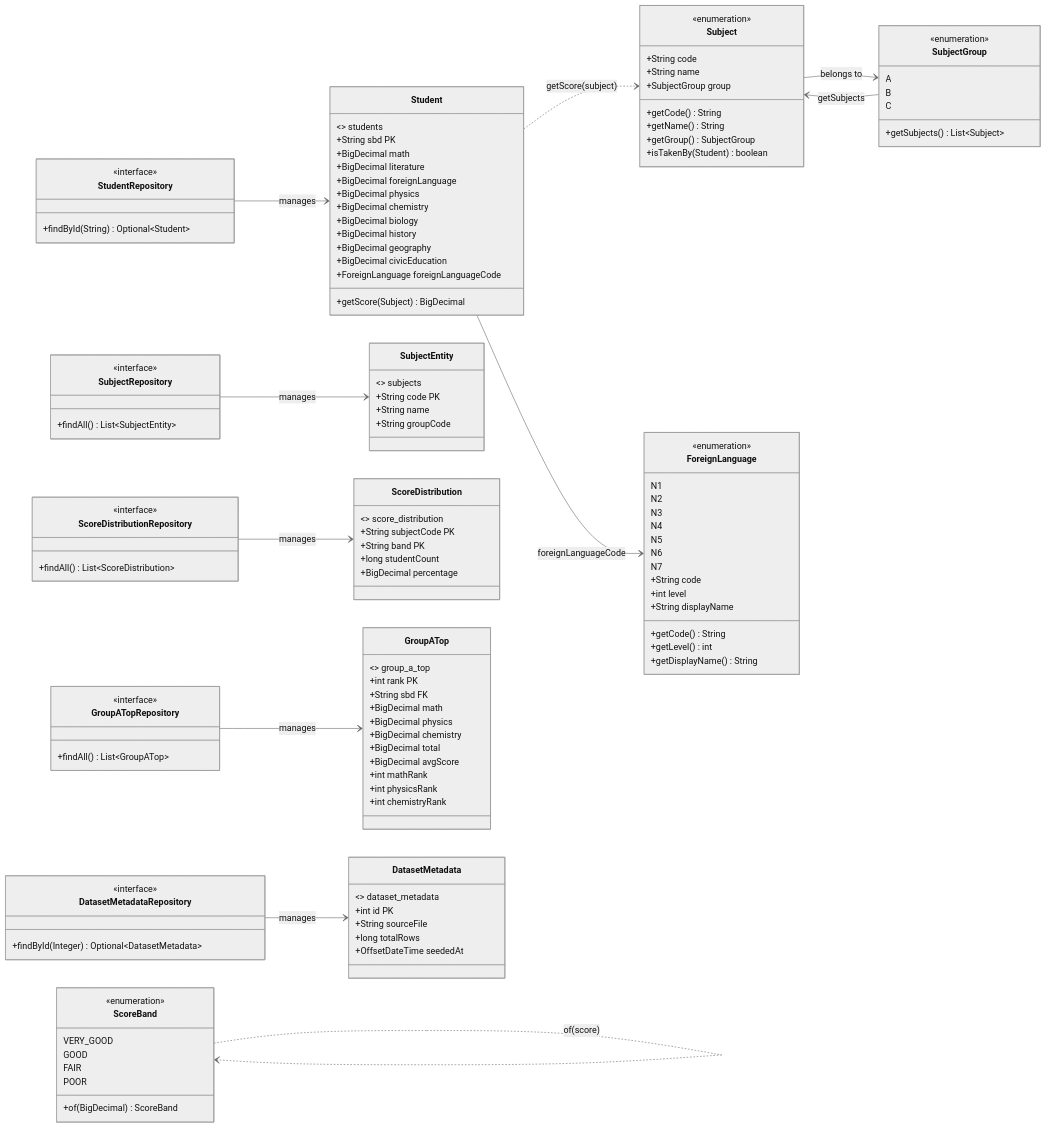
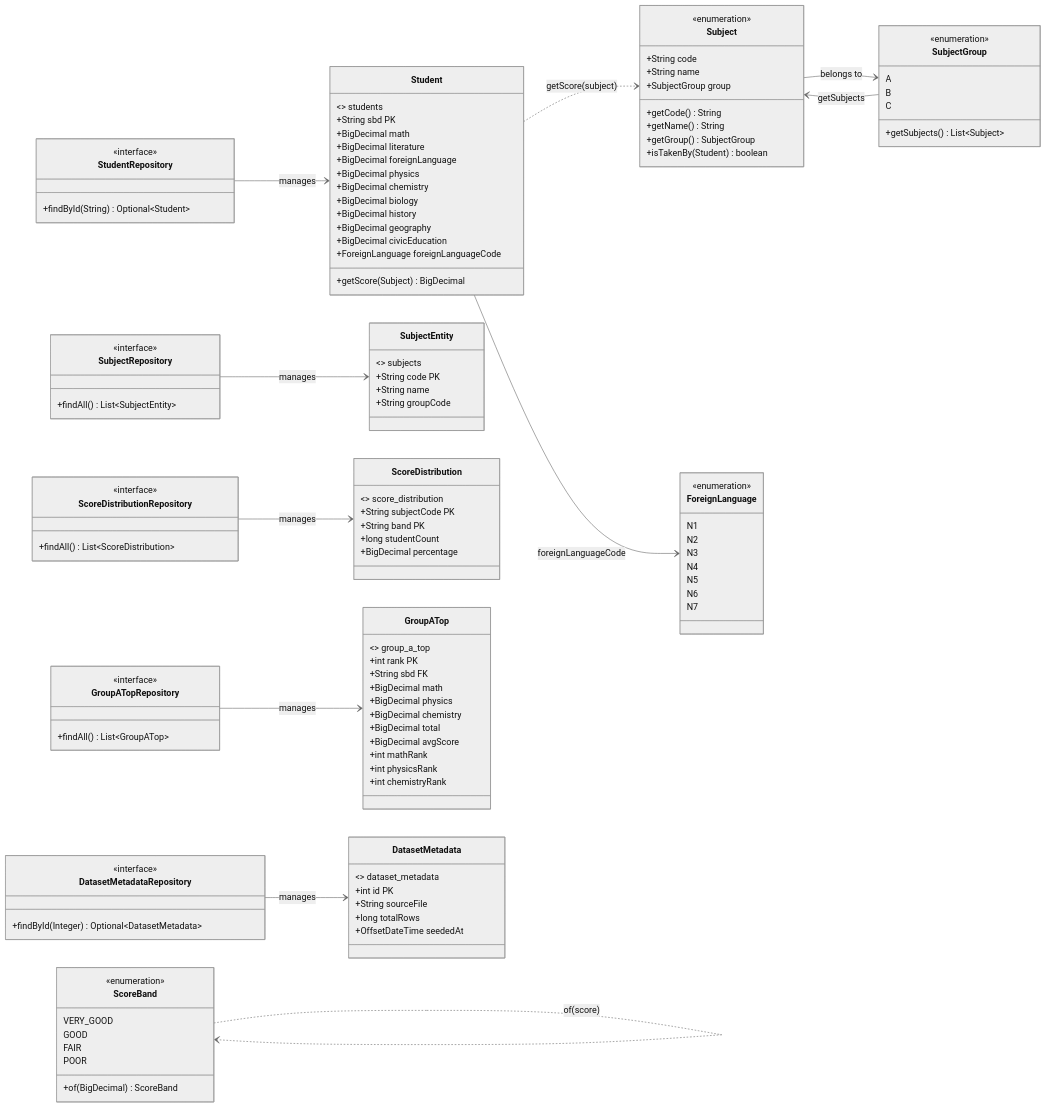
One commit to VoMinhKhoi299/g-scores changed the diagram in docs/class-diagram.mmd. Above: the diagram before and after it, drawn with Mermaid (neutral theme). The commit also changed 2 other files, not shown here.

```diff
--- a/docs/class-diagram.mmd
+++ b/docs/class-diagram.mmd
@@ -1,136 +1,130 @@
 classDiagram
     direction LR
 
     class Subject {
         <<enumeration>>
         +String code
         +String name
         +SubjectGroup group
         +getCode() String
         +getName() String
         +getGroup() SubjectGroup
         +isTakenBy(Student) boolean
     }
 
     class SubjectGroup {
         <<enumeration>>
         A
         B
         C
         +getSubjects() List~Subject~
     }
 
     class ScoreBand {
         <<enumeration>>
         VERY_GOOD
         GOOD
         FAIR
         POOR
         +of(BigDecimal) ScoreBand
     }
 
     class ForeignLanguage {
         <<enumeration>>
         N1
         N2
         N3
         N4
         N5
         N6
         N7
-        +String code
-        +int level
-        +String displayName
-        +getCode() String
-        +getLevel() int
-        +getDisplayName() String
     }
 
     class Student {
         <<entity>> students
         +String sbd PK
         +BigDecimal math
         +BigDecimal literature
         +BigDecimal foreignLanguage
         +BigDecimal physics
         +BigDecimal chemistry
         +BigDecimal biology
         +BigDecimal history
         +BigDecimal geography
         +BigDecimal civicEducation
         +ForeignLanguage foreignLanguageCode
         +getScore(Subject) BigDecimal
     }
 
     class SubjectEntity {
         <<entity>> subjects
         +String code PK
         +String name
         +String groupCode
     }
 
     class ScoreDistribution {
         <<entity>> score_distribution
         +String subjectCode PK
         +String band PK
         +long studentCount
         +BigDecimal percentage
     }
 
     class GroupATop {
         <<entity>> group_a_top
         +int rank PK
         +String sbd FK
         +BigDecimal math
         +BigDecimal physics
         +BigDecimal chemistry
         +BigDecimal total
         +BigDecimal avgScore
         +int mathRank
         +int physicsRank
         +int chemistryRank
     }
 
     class DatasetMetadata {
         <<entity>> dataset_metadata
         +int id PK
         +String sourceFile
         +long totalRows
         +OffsetDateTime seededAt
     }
 
     class StudentRepository {
         <<interface>>
         +findById(String) Optional~Student~
     }
 
     class SubjectRepository {
         <<interface>>
         +findAll() List~SubjectEntity~
     }
 
     class ScoreDistributionRepository {
         <<interface>>
         +findAll() List~ScoreDistribution~
     }
 
     class GroupATopRepository {
         <<interface>>
         +findAll() List~GroupATop~
     }
 
     class DatasetMetadataRepository {
         <<interface>>
         +findById(Integer) Optional~DatasetMetadata~
     }
 
     Subject --> SubjectGroup : belongs to
     SubjectGroup --> Subject : getSubjects
     Student ..> Subject : getScore(subject)
     Student --> ForeignLanguage : foreignLanguageCode
     StudentRepository --> Student : manages
     SubjectRepository --> SubjectEntity : manages
     ScoreDistributionRepository --> ScoreDistribution : manages
     GroupATopRepository --> GroupATop : manages
     DatasetMetadataRepository --> DatasetMetadata : manages
     ScoreBand ..> ScoreBand : of(score)
```
